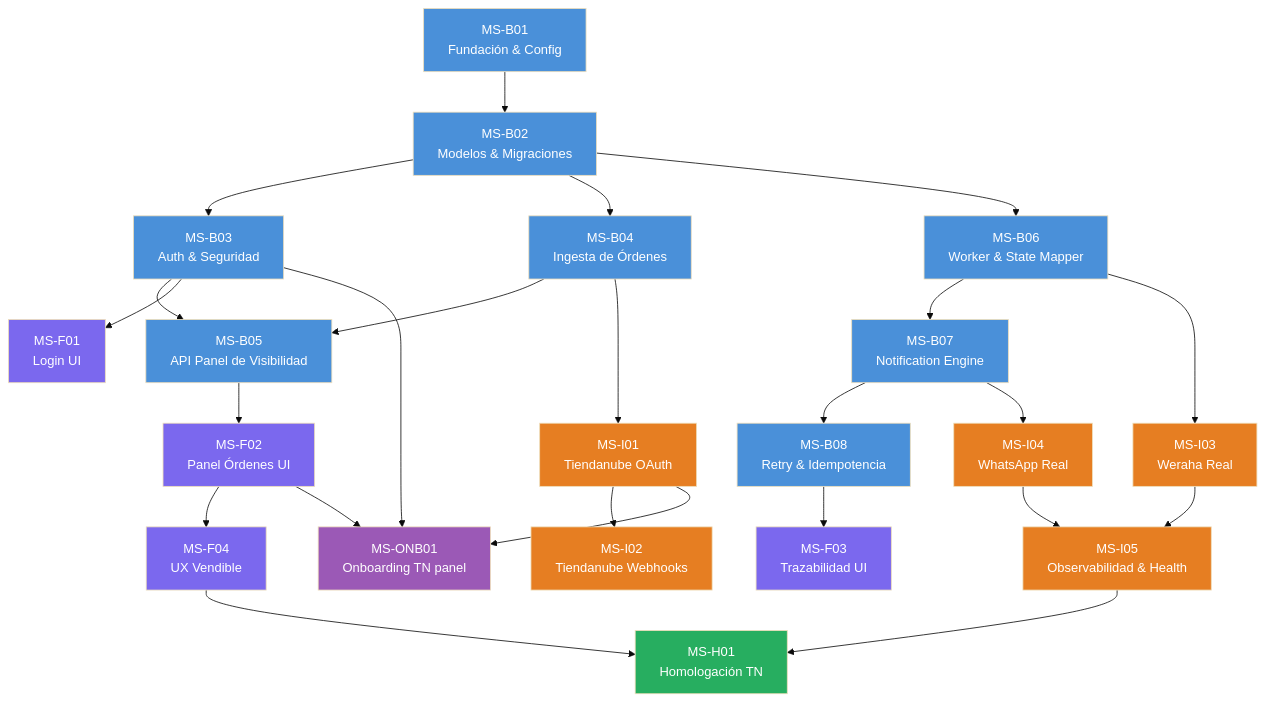
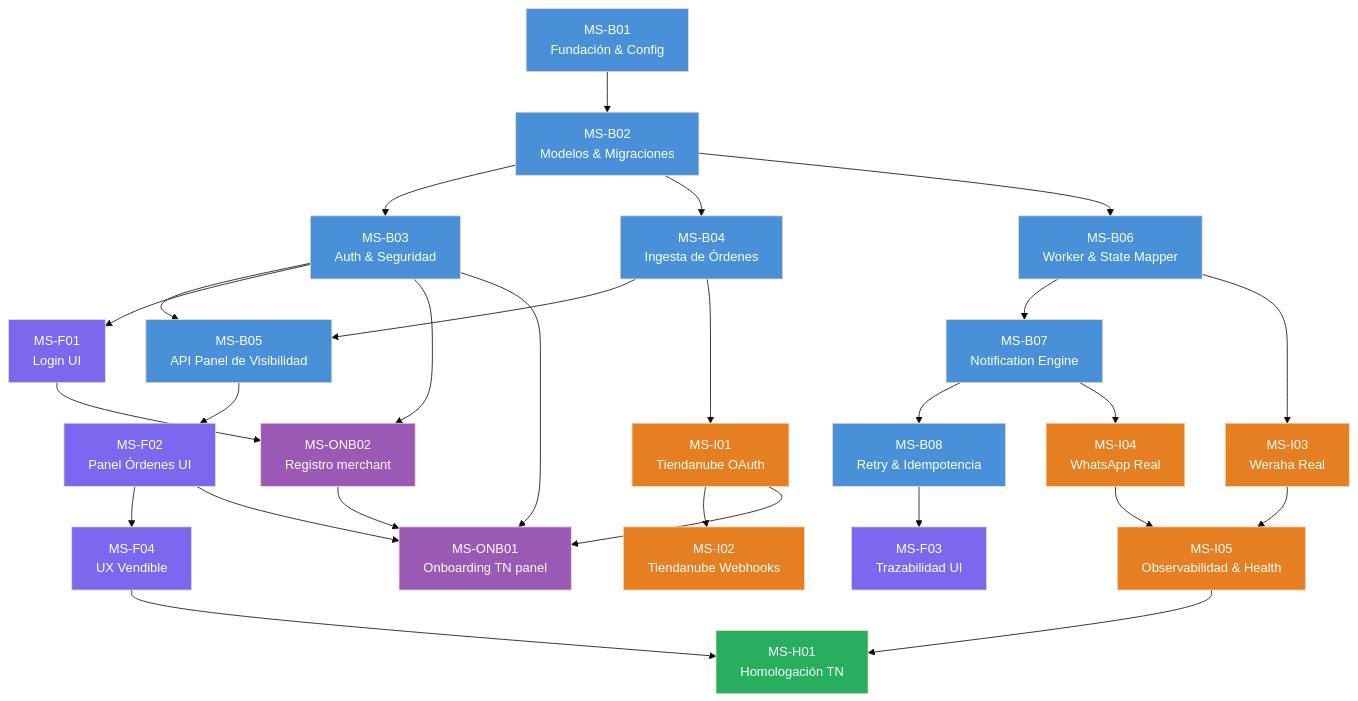
One commit to lbertalot/whatsapp-tracking-assistant changed the diagram in docs/MILESTONES.md. Above: the diagram before and after it, drawn with Mermaid (base theme). The commit also changed other lines of this file and 32 other files, not shown here.

First line of the commit message:
feat(onboarding): registro merchant, OAuth TN panel, seed oauth_ready

````diff
--- a/docs/MILESTONES.md
+++ b/docs/MILESTONES.md
@@ -23,49 +23,53 @@
 ```mermaid
 flowchart TD
     B01[MS-B01<br>Fundación & Config] --> B02[MS-B02<br>Modelos & Migraciones]
     B02 --> B03[MS-B03<br>Auth & Seguridad]
     B02 --> B04[MS-B04<br>Ingesta de Órdenes]
     B03 --> B05[MS-B05<br>API Panel de Visibilidad]
     B04 --> B05
     B02 --> B06[MS-B06<br>Worker & State Mapper]
     B06 --> B07[MS-B07<br>Notification Engine]
     B07 --> B08[MS-B08<br>Retry & Idempotencia]
 
     B03 --> F01[MS-F01<br>Login UI]
     B05 --> F02[MS-F02<br>Panel Órdenes UI]
     B08 --> F03[MS-F03<br>Trazabilidad UI]
     F02 --> F04[MS-F04<br>UX Vendible]
 
     B04 --> I01[MS-I01<br>Tiendanube OAuth]
     I01 --> I02[MS-I02<br>Tiendanube Webhooks]
-    F02 --> ONB01[MS-ONB01<br>Onboarding TN panel]
+    F01 --> ONB02[MS-ONB02<br>Registro merchant]
+    B03 --> ONB02
+    ONB02 --> ONB01[MS-ONB01<br>Onboarding TN panel]
+    F02 --> ONB01
     I01 --> ONB01
     B03 --> ONB01
     B06 --> I03[MS-I03<br>Weraha Real]
     B07 --> I04[MS-I04<br>WhatsApp Real]
     I03 --> I05[MS-I05<br>Observabilidad & Health]
     I04 --> I05
 
     I05 --> H01[MS-H01<br>Homologación TN]
     F04 --> H01
 
     style B01 fill:#4A90D9,color:#fff
     style B02 fill:#4A90D9,color:#fff
     style B03 fill:#4A90D9,color:#fff
     style B04 fill:#4A90D9,color:#fff
     style B05 fill:#4A90D9,color:#fff
     style B06 fill:#4A90D9,color:#fff
     style B07 fill:#4A90D9,color:#fff
     style B08 fill:#4A90D9,color:#fff
     style F01 fill:#7B68EE,color:#fff
     style F02 fill:#7B68EE,color:#fff
     style F03 fill:#7B68EE,color:#fff
     style F04 fill:#7B68EE,color:#fff
     style I01 fill:#E67E22,color:#fff
     style I02 fill:#E67E22,color:#fff
     style I03 fill:#E67E22,color:#fff
     style I04 fill:#E67E22,color:#fff
     style I05 fill:#E67E22,color:#fff
     style ONB01 fill:#9B59B6,color:#fff
+    style ONB02 fill:#9B59B6,color:#fff
     style H01 fill:#27AE60,color:#fff
 ```
````
